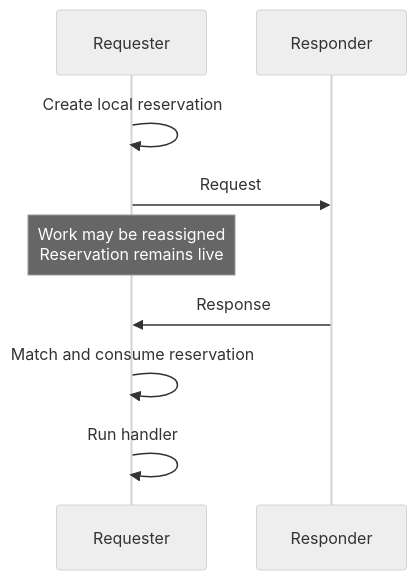
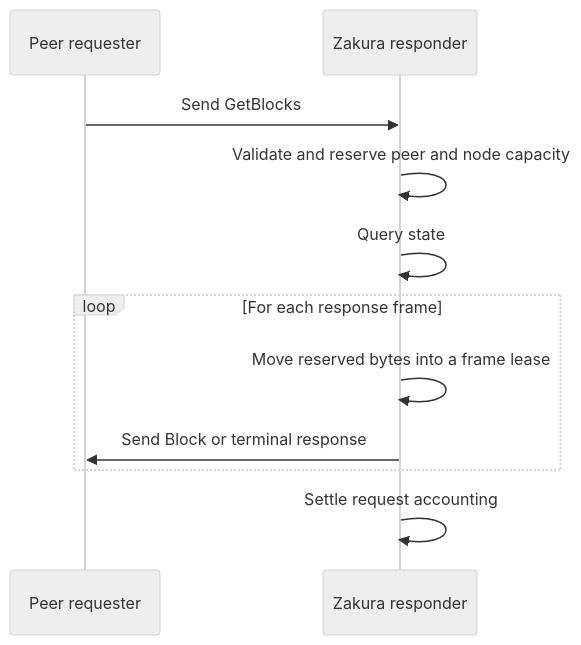
The first of 2 diagrams in docs/design/peer-message-regulation.md (zakura-core/zakura), drawn with Mermaid (neutral theme) before and after one commit. The commit also changed other lines of this file and 13 other files, not shown here.

````diff
--- a/docs/design/peer-message-regulation.md
+++ b/docs/design/peer-message-regulation.md
@@ -90,11 +63,13 @@
 ```mermaid
 sequenceDiagram
-    participant R as Requester
-    participant P as Responder
-    R->>R: Create local reservation
-    R->>P: Request
-    Note over R: Work may be reassigned<br/>Reservation remains live
-    P->>R: Response
-    R->>R: Match and consume reservation
-    R->>R: Run handler
+    participant P as Peer requester
+    participant Z as Zakura responder
+    P->>Z: Send GetBlocks
+    Z->>Z: Validate and reserve peer and node capacity
+    Z->>Z: Query state
+    loop For each response frame
+        Z->>Z: Move reserved bytes into a frame lease
+        Z->>P: Send Block or terminal response
+    end
+    Z->>Z: Settle request accounting
 ```
````
